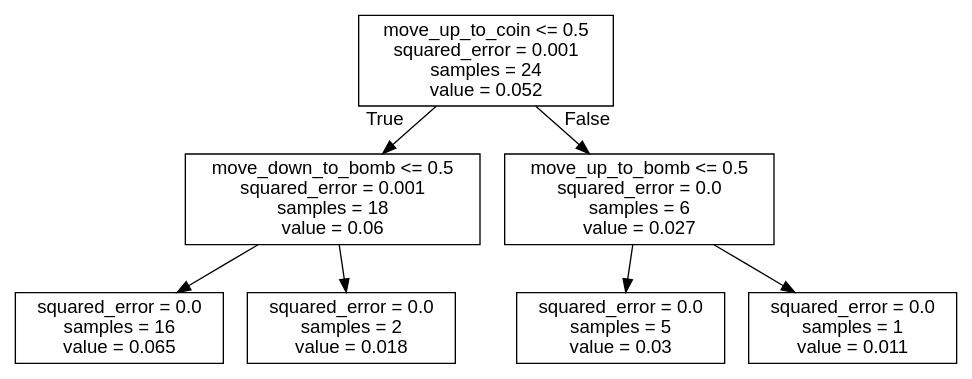
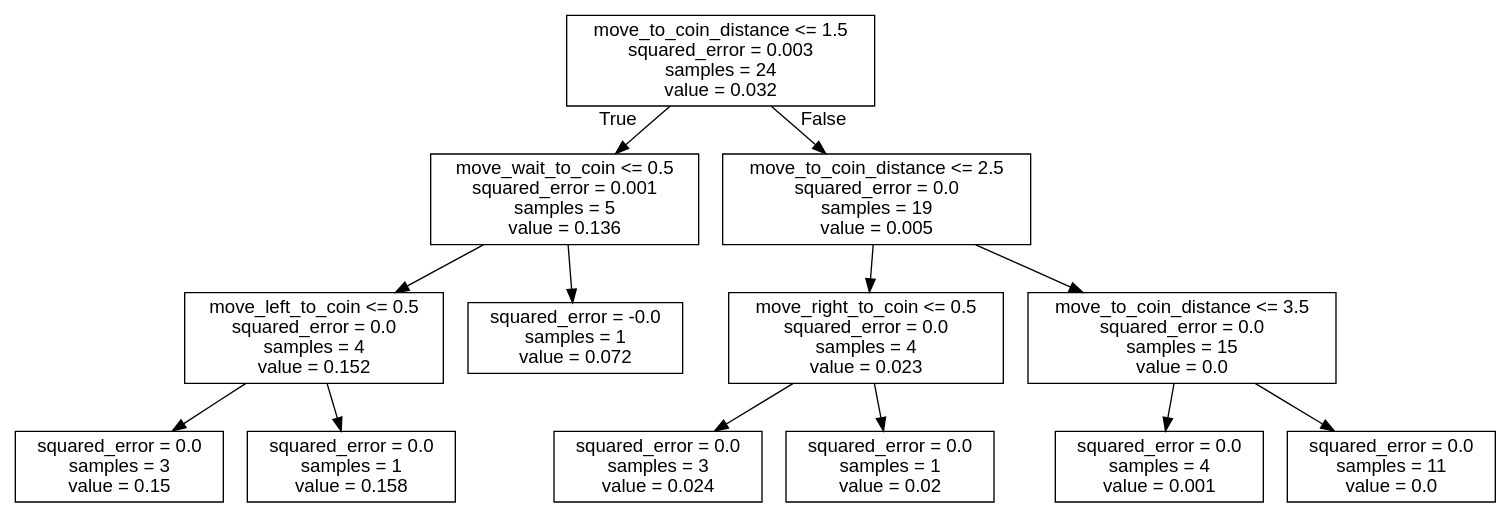
The diagram in bomberman_rl/agent_code/my_agent/trees/WAIT.dot (J-Gann/FML), drawn with Graphviz before and after one commit. The commit also changed 10 other files, not shown here.

```diff
--- a/bomberman_rl/agent_code/my_agent/trees/WAIT.dot
+++ b/bomberman_rl/agent_code/my_agent/trees/WAIT.dot
@@ -1,17 +1,29 @@
 digraph Tree {
 node [shape=box, fontname="helvetica"] ;
 edge [fontname="helvetica"] ;
-0 [label="move_up_to_coin <= 0.5\nsquared_error = 0.001\nsamples = 24\nvalue = 0.052"] ;
-1 [label="move_down_to_bomb <= 0.5\nsquared_error = 0.001\nsamples = 18\nvalue = 0.06"] ;
+0 [label="move_to_coin_distance <= 1.5\nsquared_error = 0.003\nsamples = 24\nvalue = 0.032"] ;
+1 [label="move_wait_to_coin <= 0.5\nsquared_error = 0.001\nsamples = 5\nvalue = 0.136"] ;
 0 -> 1 [labeldistance=2.5, labelangle=45, headlabel="True"] ;
-2 [label="squared_error = 0.0\nsamples = 16\nvalue = 0.065"] ;
+2 [label="move_left_to_coin <= 0.5\nsquared_error = 0.0\nsamples = 4\nvalue = 0.152"] ;
 1 -> 2 ;
-3 [label="squared_error = 0.0\nsamples = 2\nvalue = 0.018"] ;
-1 -> 3 ;
-4 [label="move_up_to_bomb <= 0.5\nsquared_error = 0.0\nsamples = 6\nvalue = 0.027"] ;
-0 -> 4 [labeldistance=2.5, labelangle=-45, headlabel="False"] ;
-5 [label="squared_error = 0.0\nsamples = 5\nvalue = 0.03"] ;
-4 -> 5 ;
-6 [label="squared_error = 0.0\nsamples = 1\nvalue = 0.011"] ;
-4 -> 6 ;
+3 [label="squared_error = 0.0\nsamples = 3\nvalue = 0.15"] ;
+2 -> 3 ;
+4 [label="squared_error = 0.0\nsamples = 1\nvalue = 0.158"] ;
+2 -> 4 ;
+5 [label="squared_error = -0.0\nsamples = 1\nvalue = 0.072"] ;
+1 -> 5 ;
+6 [label="move_to_coin_distance <= 2.5\nsquared_error = 0.0\nsamples = 19\nvalue = 0.005"] ;
+0 -> 6 [labeldistance=2.5, labelangle=-45, headlabel="False"] ;
+7 [label="move_right_to_coin <= 0.5\nsquared_error = 0.0\nsamples = 4\nvalue = 0.023"] ;
+6 -> 7 ;
+8 [label="squared_error = 0.0\nsamples = 3\nvalue = 0.024"] ;
+7 -> 8 ;
+9 [label="squared_error = 0.0\nsamples = 1\nvalue = 0.02"] ;
+7 -> 9 ;
+10 [label="move_to_coin_distance <= 3.5\nsquared_error = 0.0\nsamples = 15\nvalue = 0.0"] ;
+6 -> 10 ;
+11 [label="squared_error = 0.0\nsamples = 4\nvalue = 0.001"] ;
+10 -> 11 ;
+12 [label="squared_error = 0.0\nsamples = 11\nvalue = 0.0"] ;
+10 -> 12 ;
 }
```
